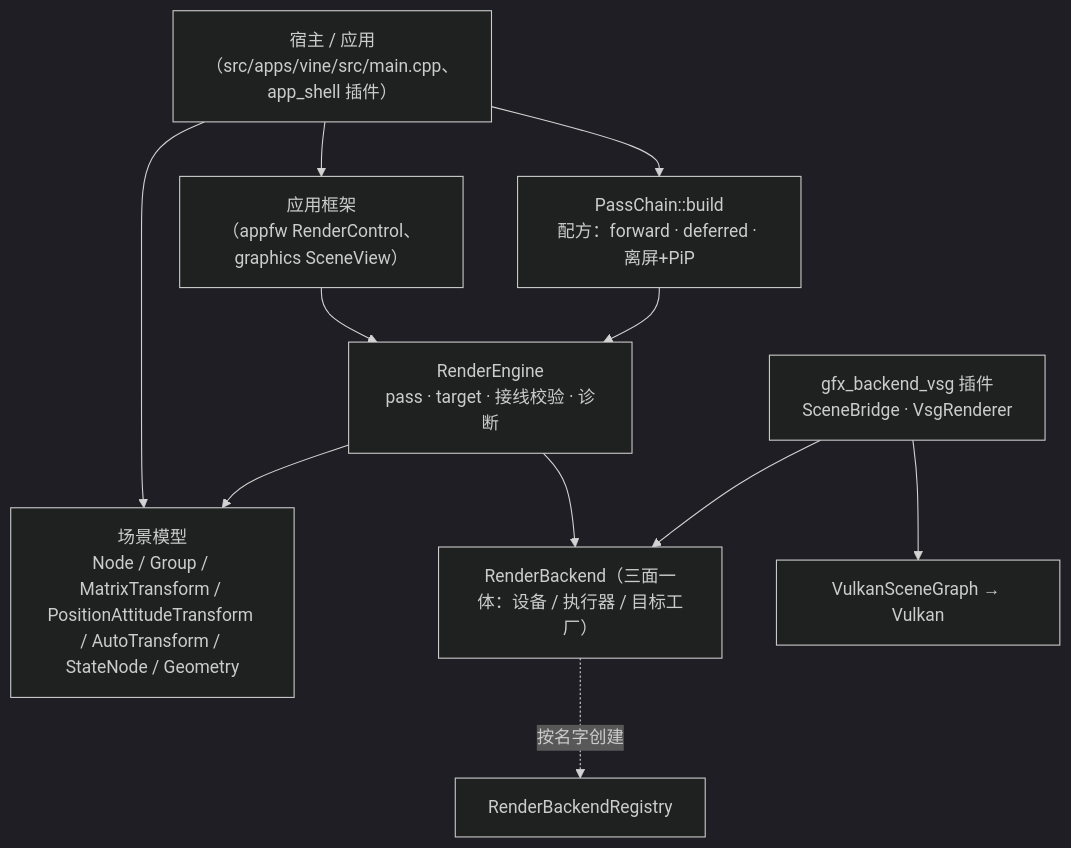
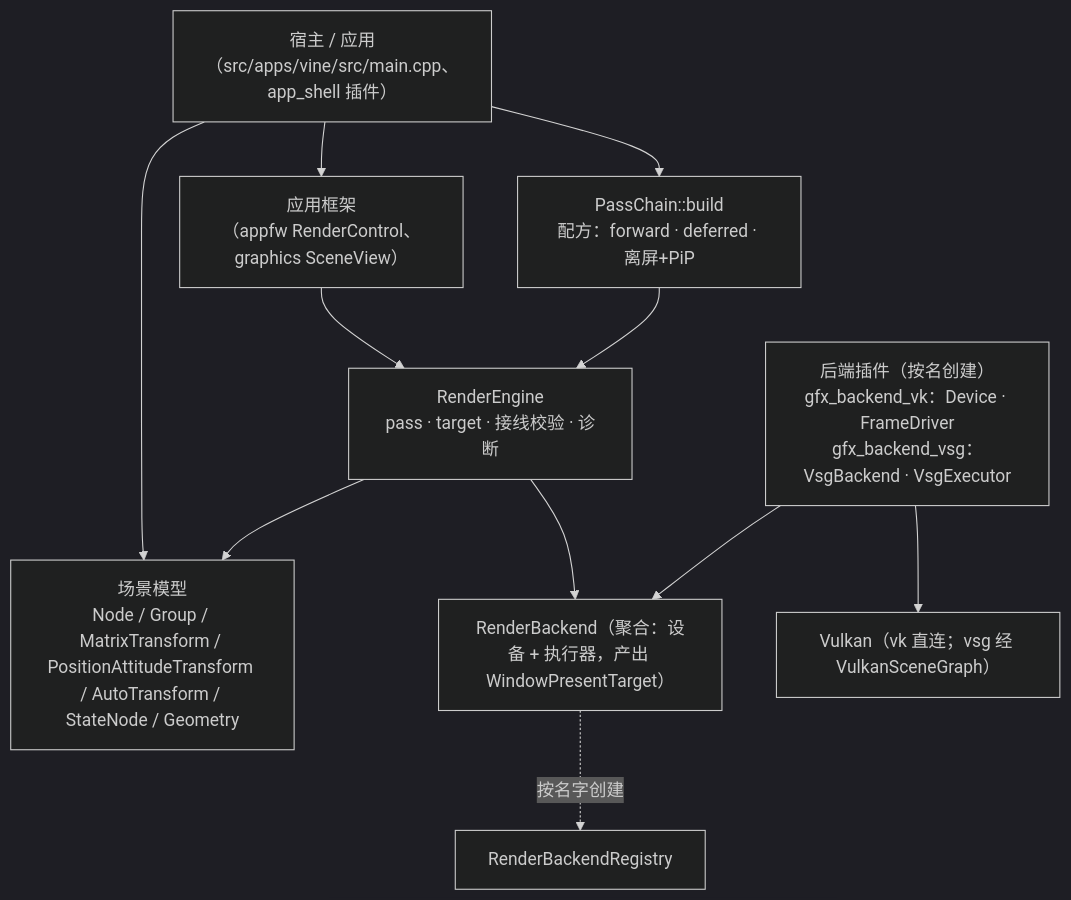
Before and after one commit to lonelyong/Vine: the diagram in docs/guides/graphics.md, drawn with Mermaid (dark theme). The commit also changed other lines of this file and 11 other files, not shown here.

````diff
--- a/docs/guides/graphics.md
+++ b/docs/guides/graphics.md
@@ -15,20 +18,20 @@
 ```mermaid
 graph TB
     Host["宿主 / 应用<br/>（src/apps/vine/src/main.cpp、app_shell 插件）"]
     UI["应用框架<br/>（appfw RenderControl、graphics SceneView）"]
     Engine["RenderEngine<br/>pass · target · 接线校验 · 诊断"]
     Scene["场景模型<br/>Node / Group / MatrixTransform / PositionAttitudeTransform / AutoTransform / StateNode / Geometry"]
     Builder["PassChain::build<br/>配方：forward · deferred · 离屏+PiP"]
-    BackendIface["RenderBackend（三面一体：设备 / 执行器 / 目标工厂）"]
-    Plugin["gfx_backend_vsg 插件<br/>SceneBridge · VsgRenderer"]
-    VSG["VulkanSceneGraph → Vulkan"]
+    BackendIface["RenderBackend（聚合：设备 + 执行器，产出 WindowPresentTarget）"]
+    Plugin["后端插件（按名创建）<br/>gfx_backend_vk：Device · FrameDriver<br/>gfx_backend_vsg：VsgBackend · VsgExecutor"]
+    VSG["Vulkan（vk 直连；vsg 经 VulkanSceneGraph）"]
 
     Host --> UI --> Engine
     Host --> Scene
     Host --> Builder --> Engine
     Engine --> Scene
     Engine --> BackendIface
     BackendIface -. 按名字创建 .-> Registry["RenderBackendRegistry"]
     Plugin --> BackendIface
     Plugin --> VSG
 ```
````
